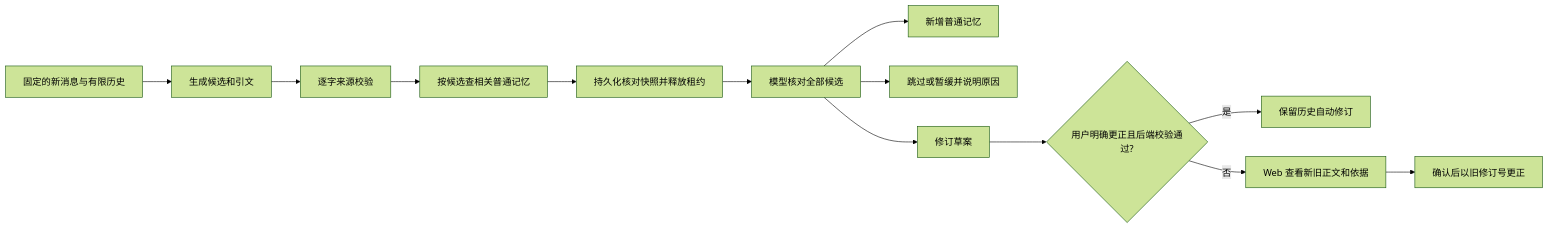
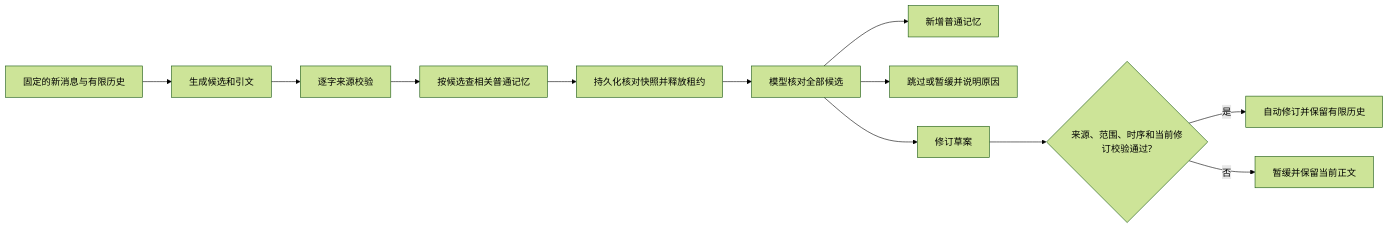
Before and after one commit to kirito41dd/chromie: the second of 2 diagrams in wiki/后台任务.md, drawn with Mermaid (forest theme). The commit also changed other lines of this file and 42 other files, not shown here.

````diff
--- a/wiki/后台任务.md
+++ b/wiki/后台任务.md
@@ -122,15 +122,14 @@
 ```mermaid
 flowchart LR
   E[固定的新消息与有限历史] --> G[生成候选和引文]
   G --> V[逐字来源校验]
   V --> R[按候选查相关普通记忆]
   R --> P[持久化核对快照并释放租约]
   P --> C[模型核对全部候选]
   C --> N[新增普通记忆]
   C --> S[跳过或暂缓并说明原因]
   C --> D[修订草案]
-  D --> A{用户明确更正且后端校验通过?}
-  A -->|是| U[保留历史自动修订]
-  A -->|否| W[Web 查看新旧正文和依据]
-  W --> M[确认后以旧修订号更正]
+  D --> A{来源、范围、时序和当前修订校验通过?}
+  A -->|是| U[自动修订并保留有限历史]
+  A -->|否| W[暂缓并保留当前正文]
 ```
````
